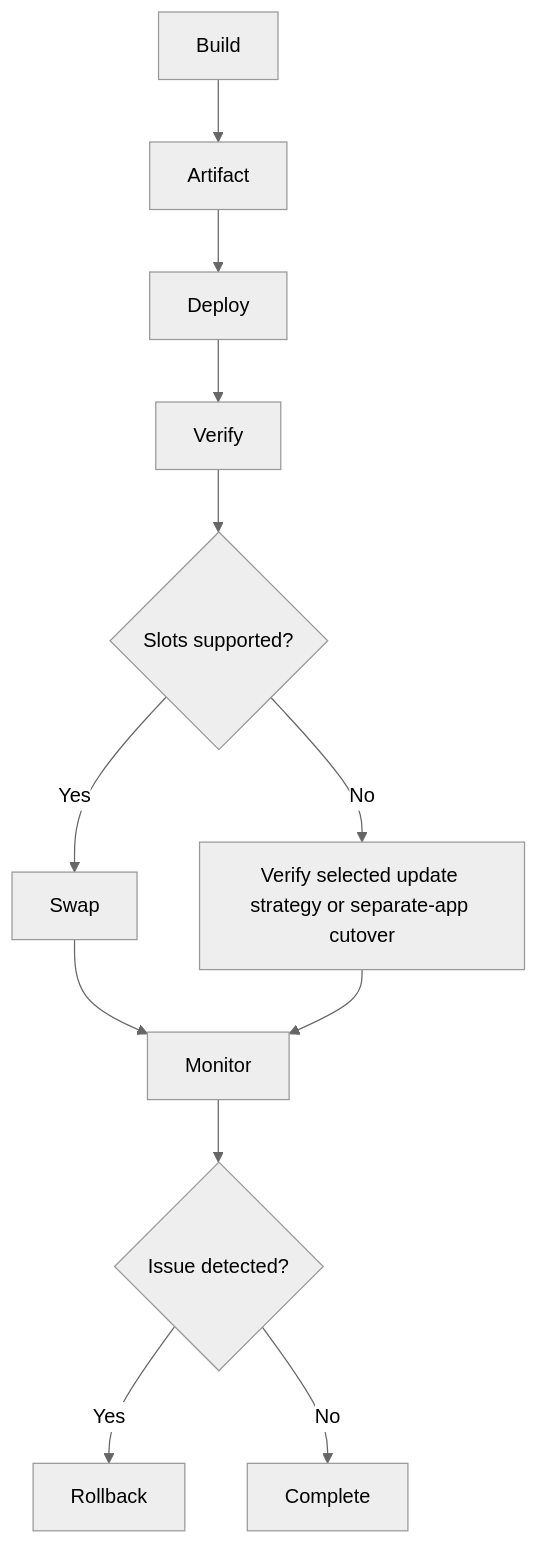
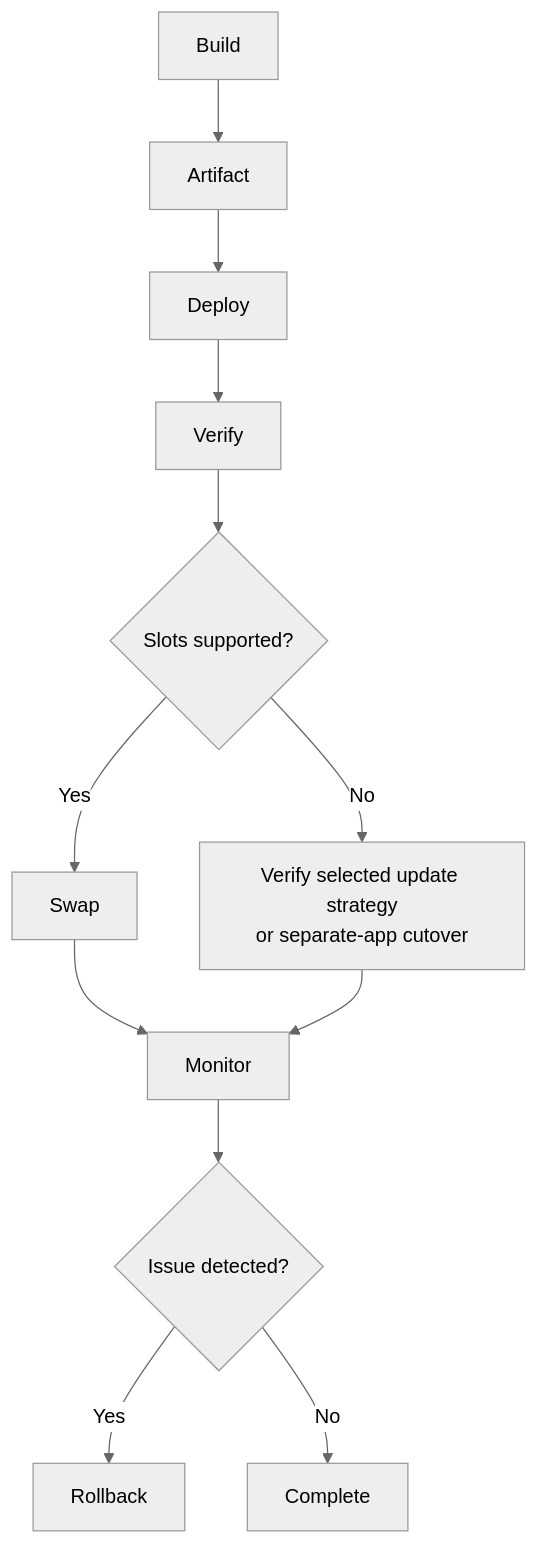
One commit to yeongseon/azure-functions-practical-guide changed the diagram in docs/operations/deployment.md. Above: the diagram before and after it, drawn with Mermaid (neutral theme). The commit also changed other lines of this file and 1 other file, not shown here.

First line of the commit message:
docs(diagrams): improve plan-aware deployment workflow readability (#520)

````diff
--- a/docs/operations/deployment.md
+++ b/docs/operations/deployment.md
@@ -213,14 +215,16 @@
 ```mermaid
 flowchart TD
+    accTitle: Plan-aware deployment workflow
+    accDescr: Illustrative release workflow. Build an artifact, deploy and verify. If slots are supported, swap; otherwise verify the selected update strategy or separate-app cutover. Both paths lead to monitoring. An issue leads to rollback; no issue leads to completion. Slot support and rollback method depend on hosting plan, OS and tier; see the adjacent reading key.
     A[Build] --> B[Artifact]
     B --> C[Deploy]
     C --> D[Verify]
     D --> E{Slots supported?}
     E -- Yes --> F[Swap]
-    E -- No --> G[Verify selected update strategy or separate-app cutover]
+    E -- No --> G["Verify selected update strategy<br/>or separate-app cutover"]
     F --> H[Monitor]
     G --> H[Monitor]
     H --> I{Issue detected?}
     I -- Yes --> J[Rollback]
     I -- No --> K[Complete]
 ```
````
